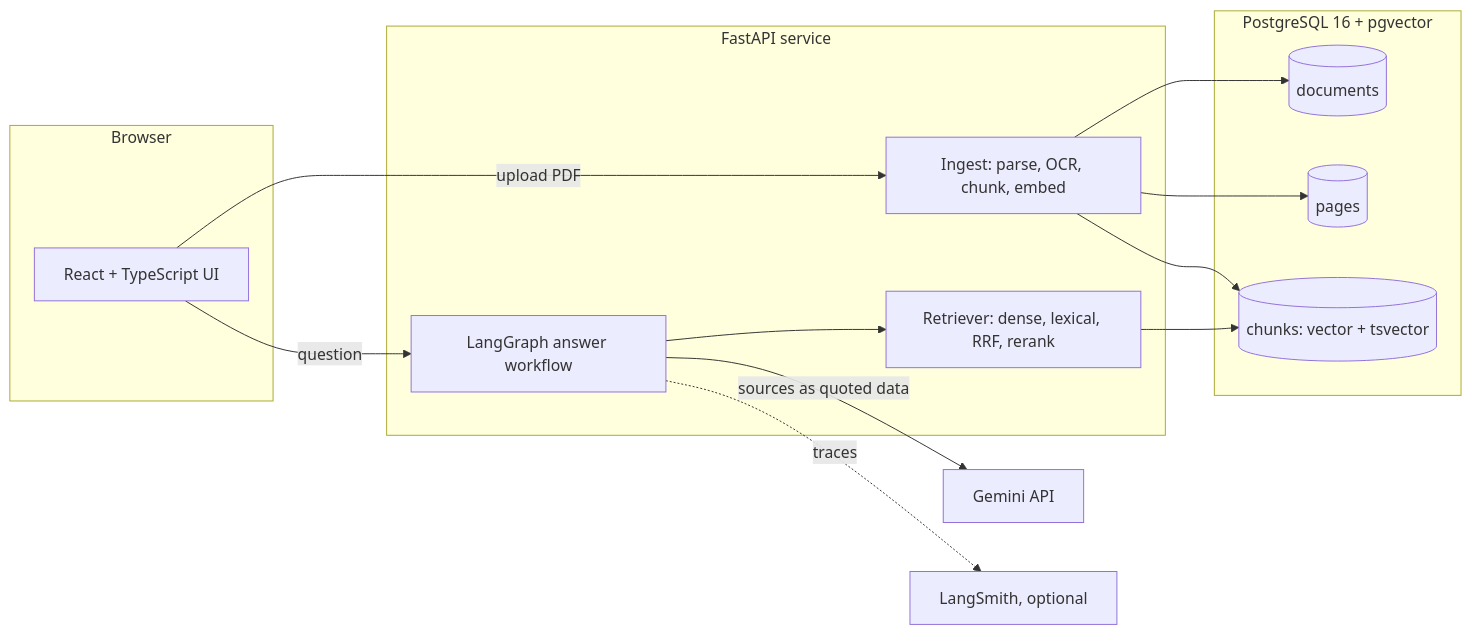
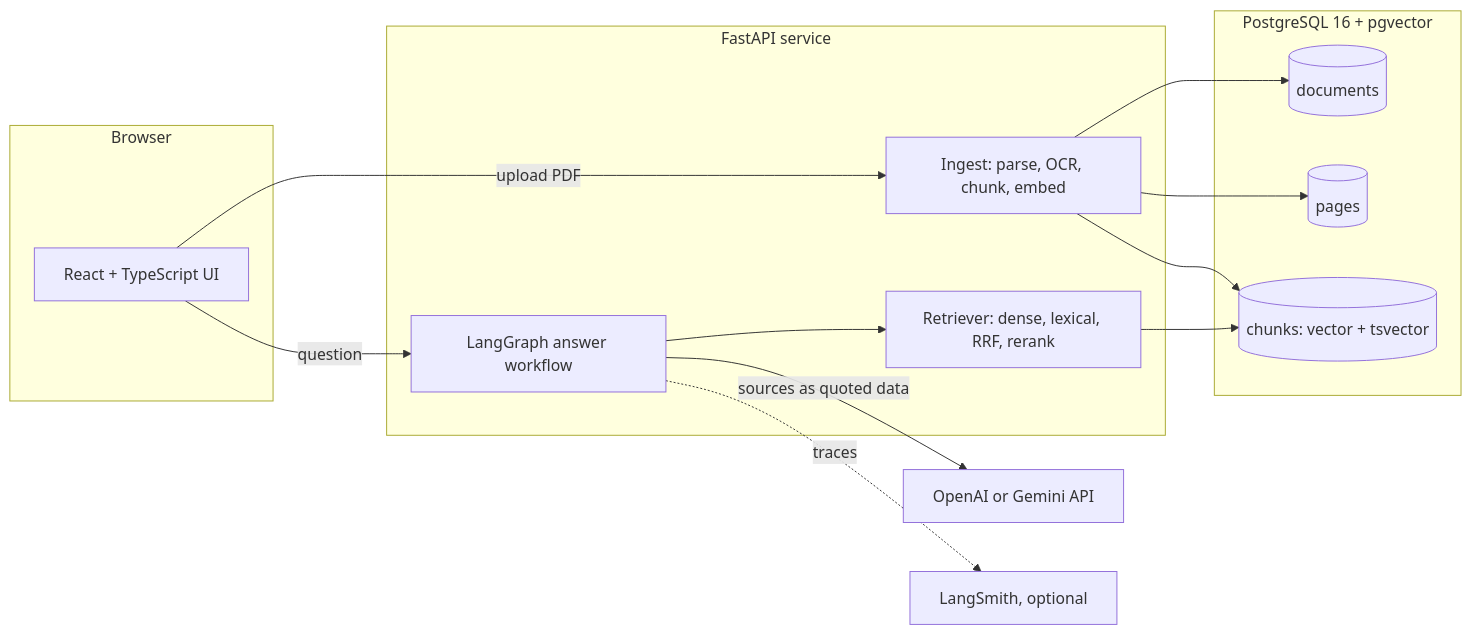
The diagram in docs/architecture.md (yashala/intelli-doc), drawn with Mermaid before and after one commit. The commit also changed other lines of this file and 6 other files, not shown here.

````diff
--- a/docs/architecture.md
+++ b/docs/architecture.md
@@ -3,25 +3,25 @@
 ```mermaid
 flowchart LR
     subgraph Browser
         UI[React + TypeScript UI]
     end
     subgraph API[FastAPI service]
         ING[Ingest: parse, OCR, chunk, embed]
         WF[LangGraph answer workflow]
         RET[Retriever: dense, lexical, RRF, rerank]
     end
     subgraph DB[PostgreSQL 16 + pgvector]
         D[(documents)]
         P[(pages)]
         C[(chunks: vector + tsvector)]
     end
-    GEM[Gemini API]
+    GEM[OpenAI or Gemini API]
     LS[LangSmith, optional]
 
     UI -- upload PDF --> ING
     UI -- question --> WF
     ING --> D & P & C
     WF --> RET --> C
     WF -- sources as quoted data --> GEM
     WF -. traces .-> LS
 ```
````
